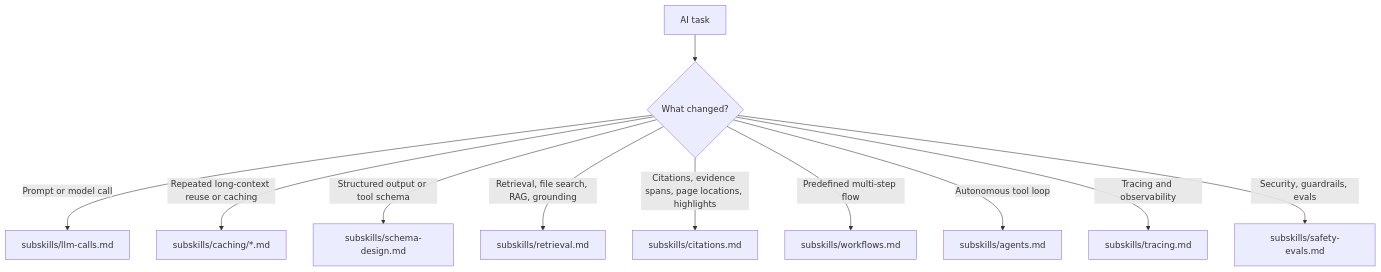
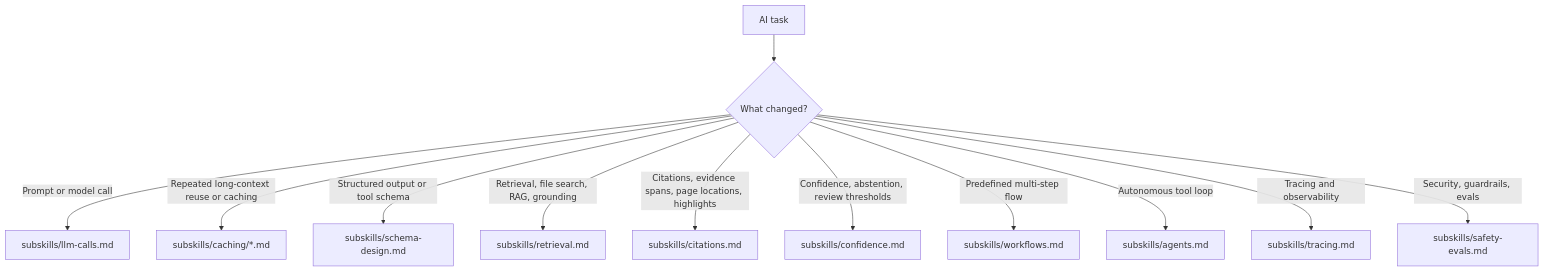
The diagram in skills/ai-engineering/SKILL.md (f-krause/ai-engineering-skills), drawn with Mermaid before and after one commit. The commit also changed other lines of this file and 5 other files, not shown here.

````diff
--- a/skills/ai-engineering/SKILL.md
+++ b/skills/ai-engineering/SKILL.md
@@ -25,13 +26,14 @@
 ```mermaid
 flowchart TD
     A[AI task] --> B{What changed?}
     B -->|Prompt or model call| C[subskills/llm-calls.md]
     B -->|Repeated long-context reuse or caching| I[subskills/caching/*.md]
     B -->|Structured output or tool schema| D[subskills/schema-design.md]
     B -->|Retrieval, file search, RAG, grounding| J[subskills/retrieval.md]
     B -->|Citations, evidence spans, page locations, highlights| K[subskills/citations.md]
+    B -->|Confidence, abstention, review thresholds| L[subskills/confidence.md]
     B -->|Predefined multi-step flow| E[subskills/workflows.md]
     B -->|Autonomous tool loop| F[subskills/agents.md]
     B -->|Tracing and observability| G[subskills/tracing.md]
     B -->|Security, guardrails, evals| H[subskills/safety-evals.md]
 ```
````
